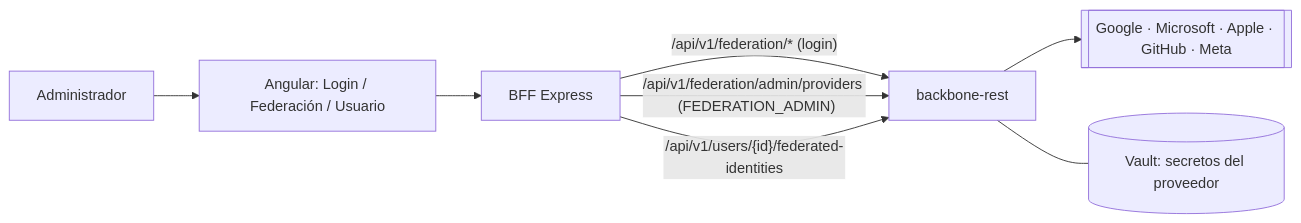
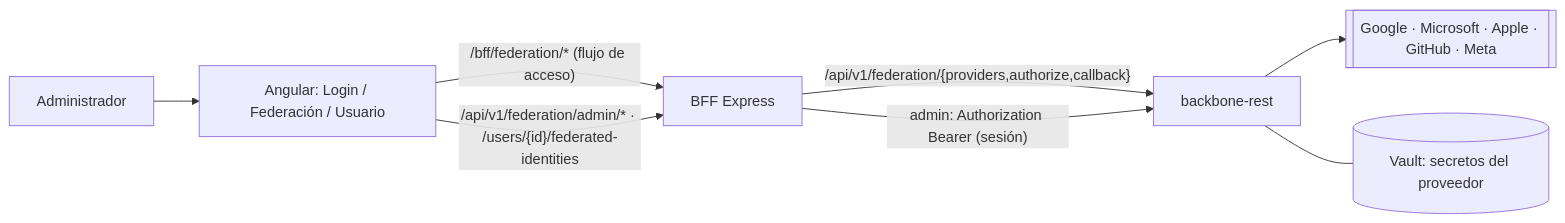
The first of 2 diagrams in docs/15-federacion-social.md (lanmata/stratum), drawn with Mermaid before and after one commit. The commit also changed other lines of this file and 30 other files, not shown here.

````diff
--- a/docs/15-federacion-social.md
+++ b/docs/15-federacion-social.md
@@ -12,10 +13,10 @@
 ```mermaid
 flowchart LR
     A[Administrador] --> SPA[Angular: Login / Federación / Usuario]
-    SPA --> BFF[BFF Express]
-    BFF -->|"/api/v1/federation/*  (login)"| B[backbone-rest]
-    BFF -->|"/api/v1/federation/admin/providers  (FEDERATION_ADMIN)"| B
-    BFF -->|"/api/v1/users/{id}/federated-identities"| B
+    SPA -->|"/bff/federation/* (flujo de acceso)"| BFF[BFF Express]
+    SPA -->|"/api/v1/federation/admin/* · /users/{id}/federated-identities"| BFF
+    BFF -->|"/api/v1/federation/{providers,authorize,callback}"| B[backbone-rest]
+    BFF -->|"admin: Authorization Bearer (sesión)"| B
     B --> IDP[[Google · Microsoft · Apple · GitHub · Meta]]
     B --- V[(Vault: secretos del proveedor)]
 ```
````
